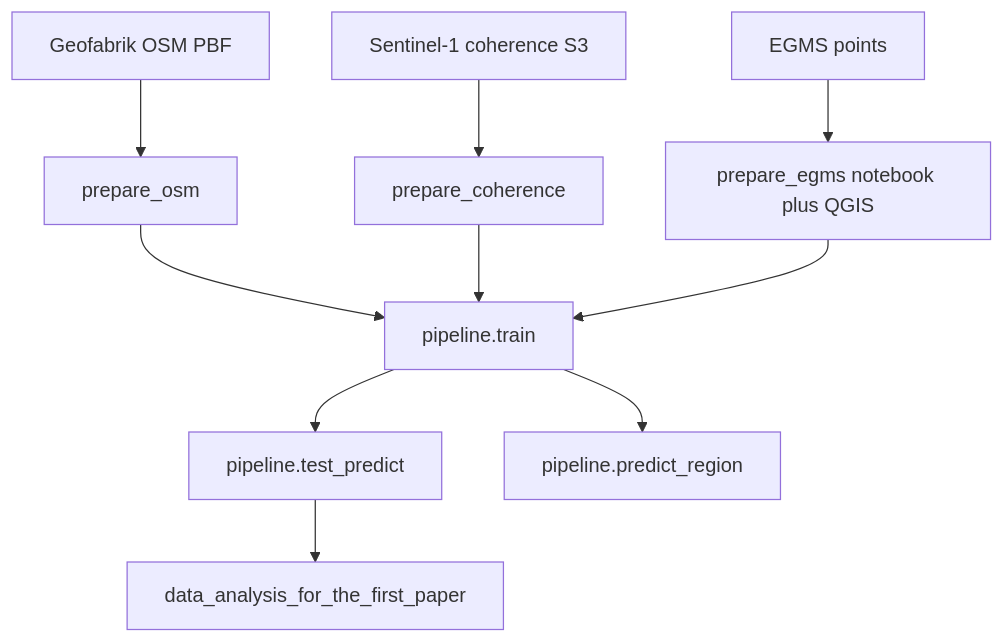
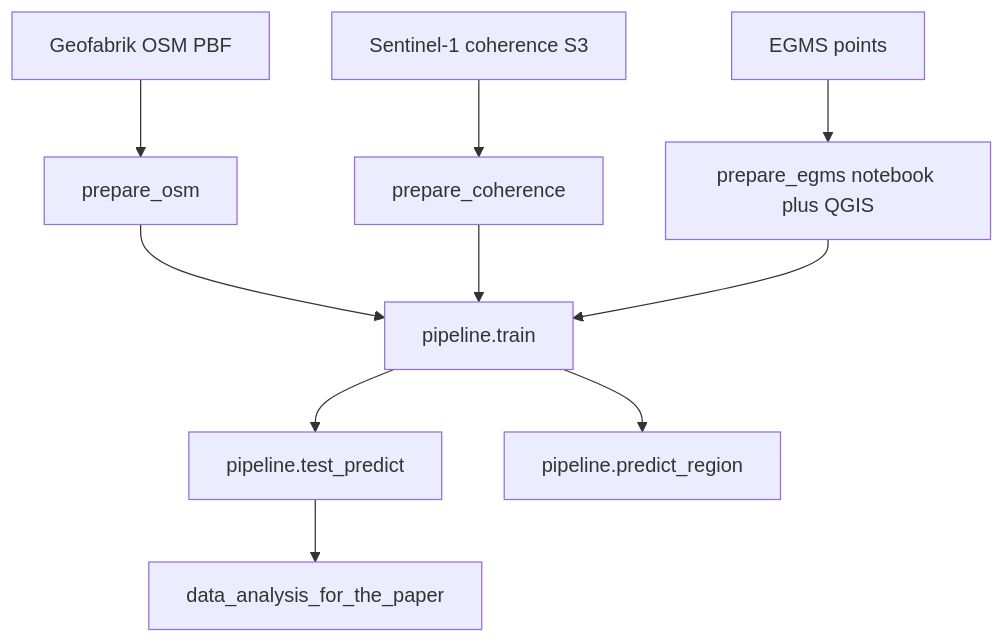
The diagram in README.md (dominika-malinowska/PredictPS), drawn with Mermaid before and after one commit. The commit also changed other lines of this file and 13 other files, not shown here.

````diff
--- a/README.md
+++ b/README.md
@@ -227,12 +245,12 @@
 ```mermaid
 flowchart TD
     A[Geofabrik OSM PBF] --> B[prepare_osm]
     C[Sentinel-1 coherence S3] --> D[prepare_coherence]
     E[EGMS points] --> F[prepare_egms notebook plus QGIS]
     B --> G[pipeline.train]
     D --> G
     F --> G
     G --> H[pipeline.test_predict]
     G --> I[pipeline.predict_region]
-    H --> J[data_analysis_for_the_first_paper]
+    H --> J[data_analysis_for_the_paper]
 ```
````
